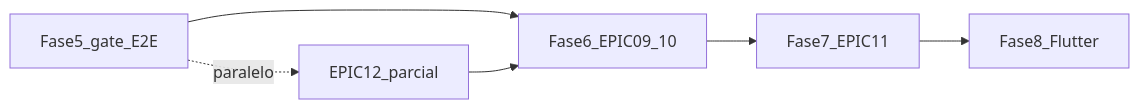
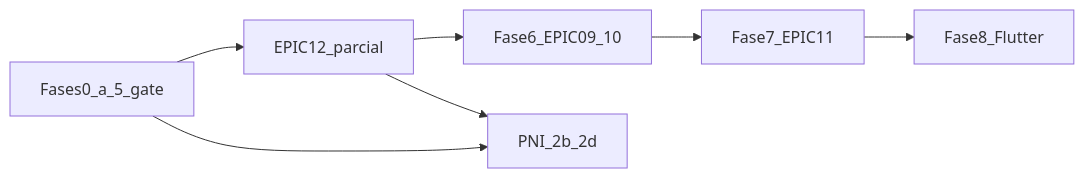
Before and after one commit to tiagocassio/cidadaobr: the first of 17 diagrams in docs/padrão_ledi_e-sus_4f004208.plan.md, drawn with Mermaid. The commit also changed other lines of this file and 3 other files, not shown here.

````diff
--- a/docs/padrão_ledi_e-sus_4f004208.plan.md
+++ b/docs/padrão_ledi_e-sus_4f004208.plan.md
@@ -622,14 +622,16 @@
 ```mermaid
 flowchart LR
-  now[Fase5_gate_E2E]
+  done[Fases0_a_5_gate]
   ref[EPIC12_parcial]
   f6[Fase6_EPIC09_10]
+  pni[PNI_2b_2d]
   ai[Fase7_EPIC11]
   mob[Fase8_Flutter]
 
-  now --> f6
+  done --> ref
   ref --> f6
+  done --> pni
+  ref --> pni
   f6 --> ai
   ai --> mob
-  now -.->|paralelo| ref
 ```
````
